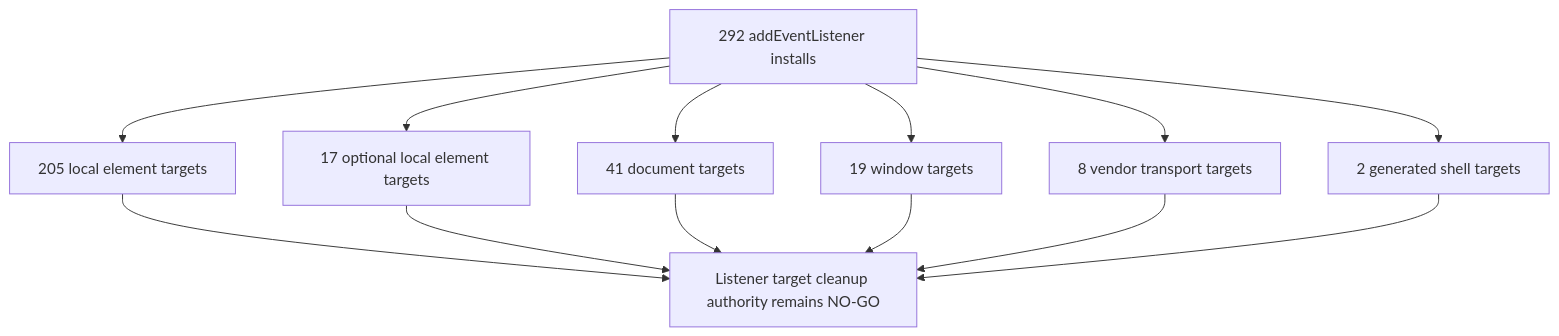
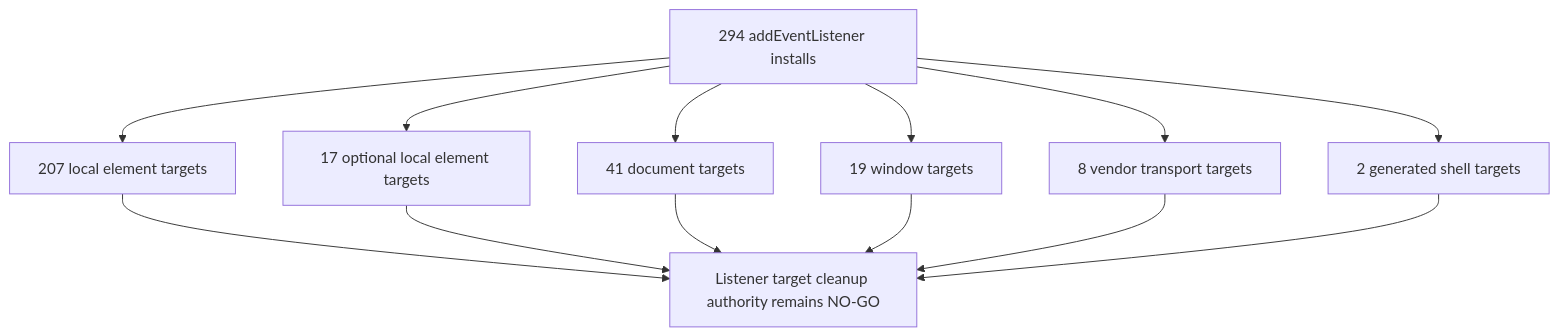
One commit to varshneydevansh/FilterTube changed the fourth of 47 diagrams in docs/audit/FILTERTUBE_LIFECYCLE_INSTANCE_REGISTER_2026-05-18.md. Above: the diagram before and after it, drawn with Mermaid. The commit also changed other lines of this file and 619 other files, not shown here.

````diff
--- a/docs/audit/FILTERTUBE_LIFECYCLE_INSTANCE_REGISTER_2026-05-18.md
+++ b/docs/audit/FILTERTUBE_LIFECYCLE_INSTANCE_REGISTER_2026-05-18.md
@@ -351,15 +351,15 @@
 ```mermaid
 flowchart TD
-  A["292 addEventListener installs"] --> B["205 local element targets"]
+  A["294 addEventListener installs"] --> B["207 local element targets"]
   A --> C["17 optional local element targets"]
   A --> D["41 document targets"]
   A --> E["19 window targets"]
   A --> F["8 vendor transport targets"]
   A --> G["2 generated shell targets"]
   B --> H["Listener target cleanup authority remains NO-GO"]
   C --> H
   D --> H
   E --> H
   F --> H
   G --> H
 ```
````
